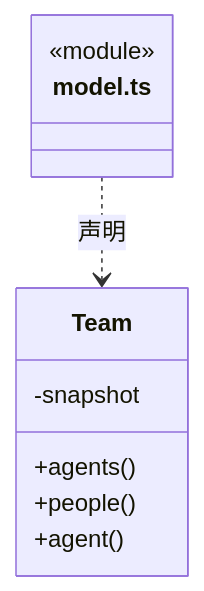
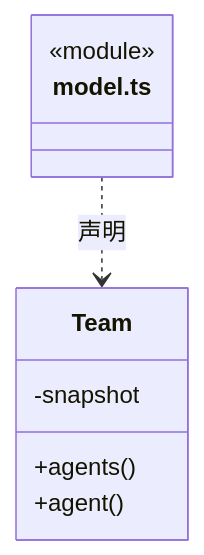
The ninth of 29 diagrams in src/backend/core/team/ARCHITECTURE.md (nan023062/cbim), drawn with Mermaid before and after one commit. The commit also changed other lines of this file and 90 other files, not shown here.

````diff
--- a/src/backend/core/team/ARCHITECTURE.md
+++ b/src/backend/core/team/ARCHITECTURE.md
@@ -203,13 +203,12 @@
 ```mermaid
 classDiagram
 class N_src_backend_core_team_model_ts["model.ts"] {
   <<module>>
 }
 class N_src_backend_core_team_model_ts_Team["Team"] {
   +agents()
-  +people()
   +agent()
   -snapshot
 }
 N_src_backend_core_team_model_ts ..> N_src_backend_core_team_model_ts_Team : 声明
 ```
````
